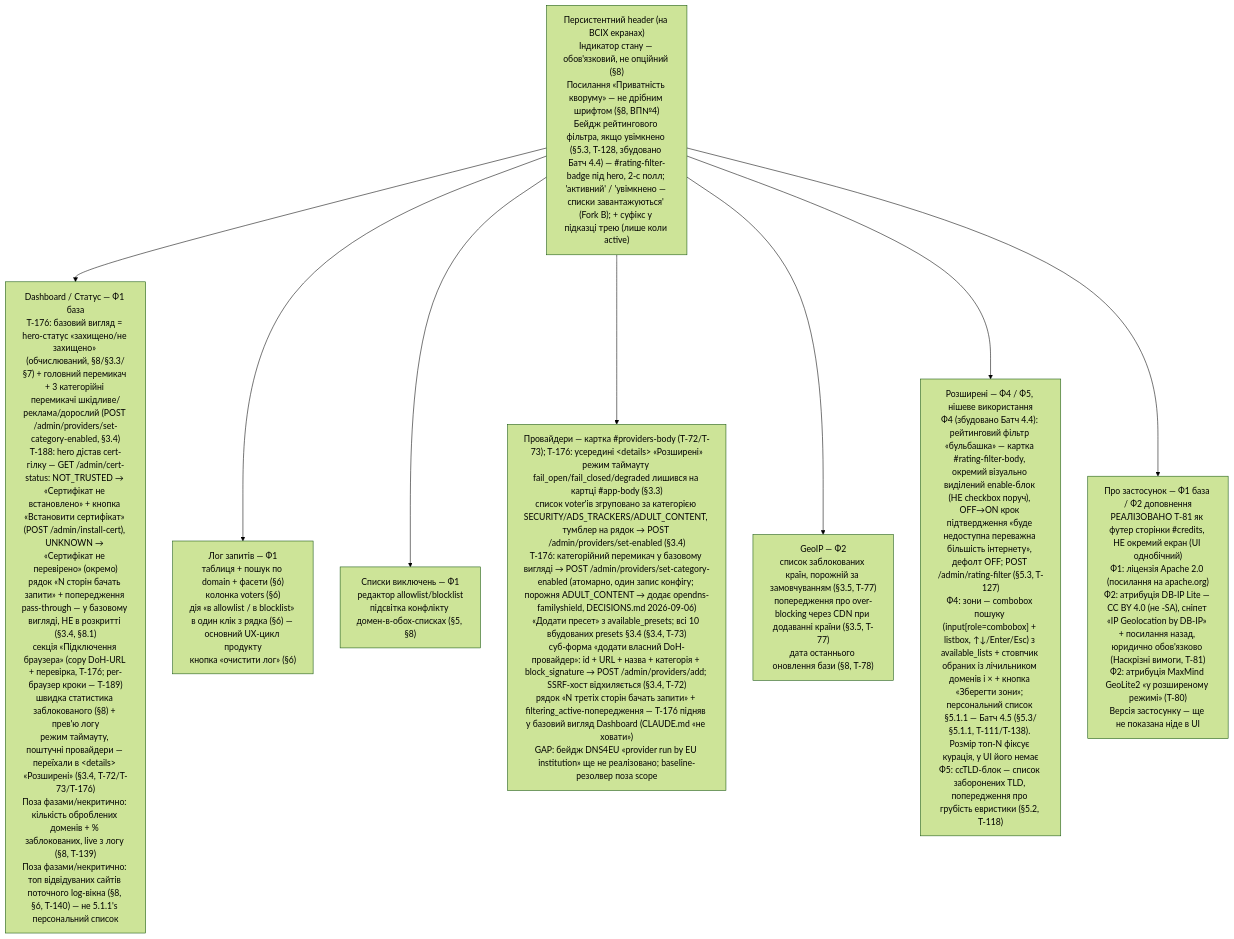
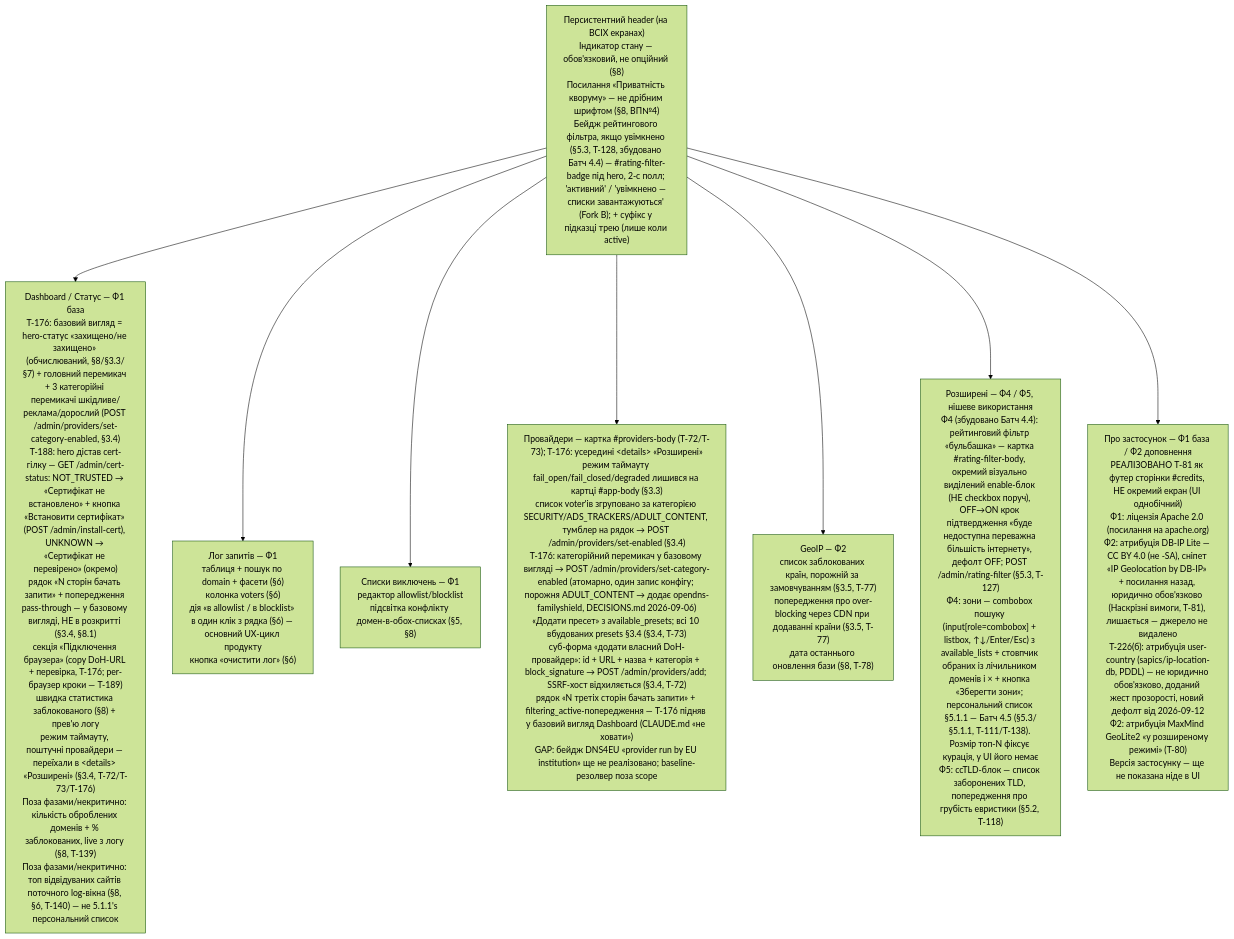
The diagram in diagrams/ui-navigation.md (user137/dns-quorum-filter), drawn with Mermaid (forest theme) before and after one commit. The commit also changed 22 other files, not shown here.

````diff
--- a/diagrams/ui-navigation.md
+++ b/diagrams/ui-navigation.md
@@ -15,26 +15,26 @@
 ```mermaid
 flowchart TD
     Header["Персистентний header (на ВСІХ екранах)<br/>Індикатор стану — обов'язковий, не опційний (§8)<br/>Посилання «Приватність кворуму» — не дрібним шрифтом (§8, ВП№4)<br/>Бейдж рейтингового фільтра, якщо увімкнено (§5.3, T-128, збудовано Батч 4.4) — #rating-filter-badge під hero, 2-с полл; 'активний' / 'увімкнено — списки завантажуються' (Fork B); + суфікс у підказці трею (лише коли active)"]
 
     Header --> Dashboard
     Header --> Log
     Header --> Lists
     Header --> Providers
     Header --> GeoIP
     Header --> Advanced
     Header --> About
 
     Dashboard["Dashboard / Статус — Ф1 база<br/>T-176: базовий вигляд = hero-статус «захищено/не захищено» (обчислюваний, §8/§3.3/§7) + головний перемикач + 3 категорійні перемикачі шкідливе/реклама/дорослий (POST /admin/providers/set-category-enabled, §3.4)<br/>T-188: hero дістав cert-гілку — GET /admin/cert-status: NOT_TRUSTED → «Сертифікат не встановлено» + кнопка «Встановити сертифікат» (POST /admin/install-cert), UNKNOWN → «Сертифікат не перевірено» (окремо)<br/>рядок «N сторін бачать запити» + попередження pass-through — у базовому вигляді, НЕ в розкритті (§3.4, §8.1)<br/>секція «Підключення браузера» (copy DoH-URL + перевірка, T-176; per-браузер кроки — T-189)<br/>швидка статистика заблокованого (§8) + прев'ю логу<br/>режим таймауту, поштучні провайдери — переїхали в &lt;details&gt; «Розширені» (§3.4, T-72/T-73/T-176)<br/>Поза фазами/некритично: кількість оброблених доменів + % заблокованих, live з логу (§8, T-139)<br/>Поза фазами/некритично: топ відвідуваних сайтів поточного log-вікна (§8, §6, T-140) — не 5.1.1's персональний список"]
 
     Log["Лог запитів — Ф1<br/>таблиця + пошук по domain + фасети (§6)<br/>колонка voters (§6)<br/>дія «в allowlist / в blocklist» в один клік з рядка (§6) — основний UX-цикл продукту<br/>кнопка «очистити лог» (§6)"]
 
     Lists["Списки виключень — Ф1<br/>редактор allowlist/blocklist<br/>підсвітка конфлікту домен-в-обох-списках (§5, §8)"]
 
     Providers["Провайдери — картка #providers-body (T-72/T-73); T-176: усередині &lt;details&gt; «Розширені»<br/>режим таймауту fail_open/fail_closed/degraded лишився на картці #app-body (§3.3)<br/>список voter'ів згруповано за категорією SECURITY/ADS_TRACKERS/ADULT_CONTENT, тумблер на рядок → POST /admin/providers/set-enabled (§3.4)<br/>T-176: категорійний перемикач у базовому вигляді → POST /admin/providers/set-category-enabled (атомарно, один запис конфігу; порожня ADULT_CONTENT → додає opendns-familyshield, DECISIONS.md 2026-09-06)<br/>«Додати пресет» з available_presets; всі 10 вбудованих presets §3.4 (§3.4, T-73)<br/>суб-форма «додати власний DoH-провайдер»: id + URL + назва + категорія + block_signature → POST /admin/providers/add; SSRF-хост відхиляється (§3.4, T-72)<br/>рядок «N третіх сторін бачать запити» + filtering_active-попередження — T-176 підняв у базовий вигляд Dashboard (CLAUDE.md «не ховати»)<br/>GAP: бейдж DNS4EU «provider run by EU institution» ще не реалізовано; baseline-резолвер поза scope"]
 
     GeoIP["GeoIP — Ф2<br/>список заблокованих країн, порожній за замовчуванням (§3.5, T-77)<br/>попередження про over-blocking через CDN при додаванні країни (§3.5, T-77)<br/>дата останнього оновлення бази (§8, T-78)"]
 
     Advanced["Розширені — Ф4 / Ф5, нішеве використання<br/>Ф4 (збудовано Батч 4.4): рейтинговий фільтр «бульбашка» — картка #rating-filter-body, окремий візуально виділений enable-блок (НЕ checkbox поруч), OFF→ON крок підтвердження «буде недоступна переважна більшість інтернету», дефолт OFF; POST /admin/rating-filter (§5.3, T-127)<br/>Ф4: зони — combobox пошуку (input[role=combobox] + listbox, ↑↓/Enter/Esc) з available_lists + стовпчик обраних із лічильником доменів і × + кнопка «Зберегти зони»; персональний список §5.1.1 — Батч 4.5 (§5.3/§5.1.1, T-111/T-138). Розмір топ-N фіксує курація, у UI його немає<br/>Ф5: ccTLD-блок — список заборонених TLD, попередження про грубість евристики (§5.2, T-118)"]
 
-    About["Про застосунок — Ф1 база / Ф2 доповнення<br/>РЕАЛІЗОВАНО T-81 як футер сторінки #credits, НЕ окремий екран (UI однобічний)<br/>Ф1: ліцензія Apache 2.0 (посилання на apache.org)<br/>Ф2: атрибуція DB-IP Lite — CC BY 4.0 (не -SA), сніпет «IP Geolocation by DB-IP» + посилання назад, юридично обов'язково (Наскрізні вимоги, T-81)<br/>Ф2: атрибуція MaxMind GeoLite2 «у розширеному режимі» (T-80)<br/>Версія застосунку — ще не показана ніде в UI"]
+    About["Про застосунок — Ф1 база / Ф2 доповнення<br/>РЕАЛІЗОВАНО T-81 як футер сторінки #credits, НЕ окремий екран (UI однобічний)<br/>Ф1: ліцензія Apache 2.0 (посилання на apache.org)<br/>Ф2: атрибуція DB-IP Lite — CC BY 4.0 (не -SA), сніпет «IP Geolocation by DB-IP» + посилання назад, юридично обов'язково (Наскрізні вимоги, T-81), лишається — джерело не видалено<br/>T-226(б): атрибуція user-country (sapics/ip-location-db, PDDL) — не юридично обов'язково, доданий жест прозорості, новий дефолт від 2026-09-12<br/>Ф2: атрибуція MaxMind GeoLite2 «у розширеному режимі» (T-80)<br/>Версія застосунку — ще не показана ніде в UI"]
 ```
````
